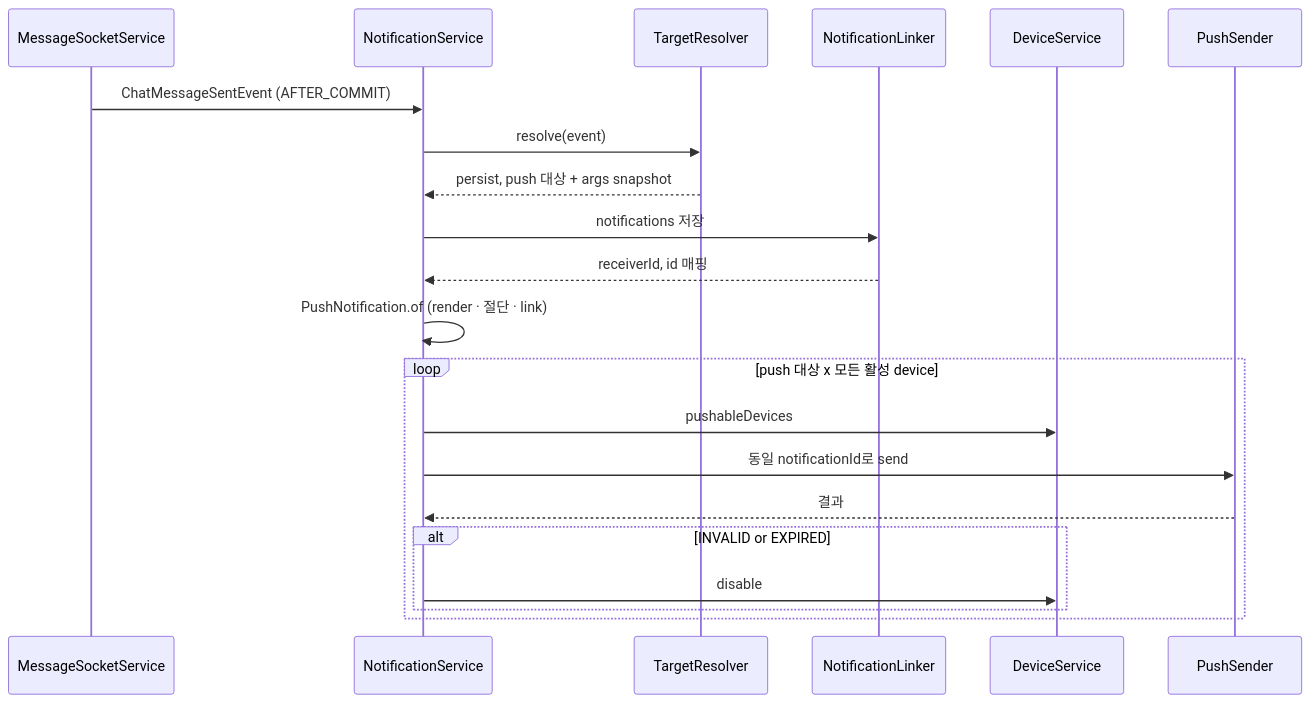
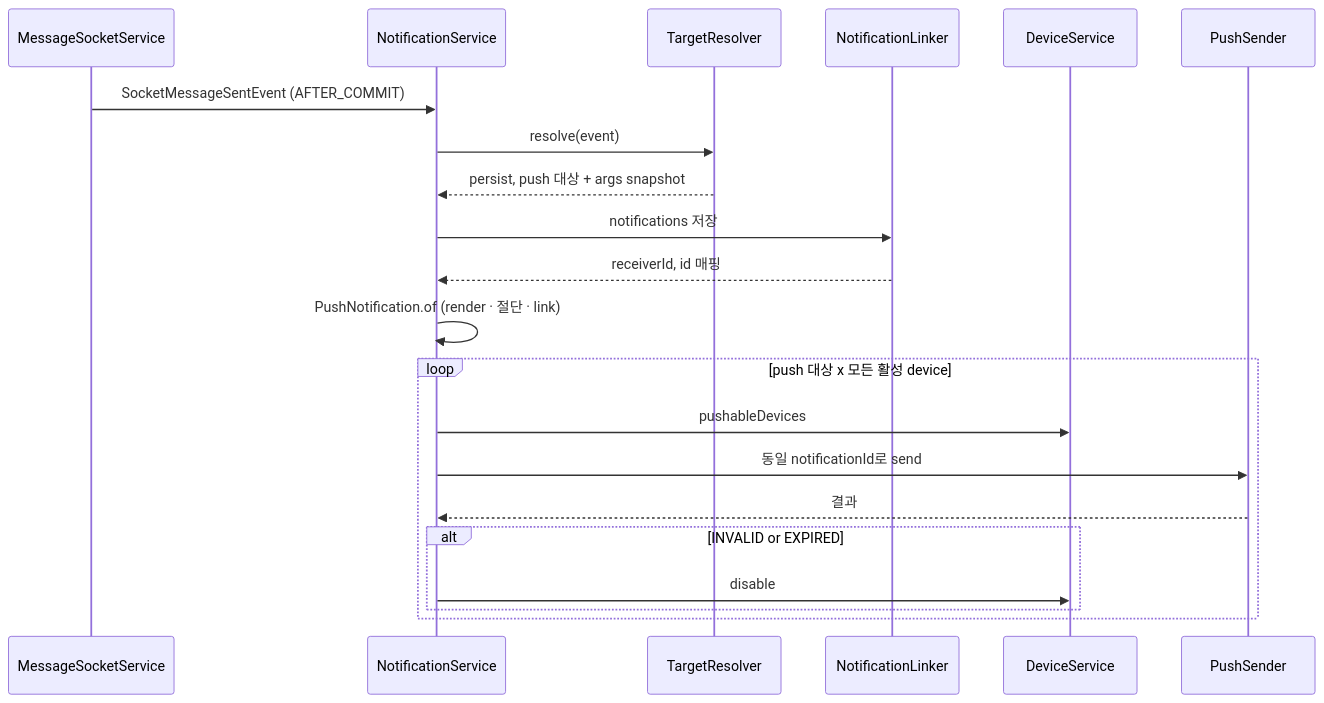
One commit to mortonCareer/bconnect changed the second of 4 diagrams in apps/api/docs/notification-architecture.md. Above: the diagram before and after it, drawn with Mermaid. The commit also changed other lines of this file, not shown here.

````diff
--- a/apps/api/docs/notification-architecture.md
+++ b/apps/api/docs/notification-architecture.md
@@ -38,24 +38,24 @@
 ```mermaid
 sequenceDiagram
     participant Socket as MessageSocketService
     participant Svc as NotificationService
     participant Res as TargetResolver
     participant Lnk as NotificationLinker
     participant Dev as DeviceService
     participant Snd as PushSender
 
-    Socket->>Svc: ChatMessageSentEvent (AFTER_COMMIT)
+    Socket->>Svc: SocketMessageSentEvent (AFTER_COMMIT)
     Svc->>Res: resolve(event)
     Res-->>Svc: persist, push 대상 + args snapshot
     Svc->>Lnk: notifications 저장
     Lnk-->>Svc: receiverId, id 매핑
     Svc->>Svc: PushNotification.of (render · 절단 · link)
     loop push 대상 x 모든 활성 device
         Svc->>Dev: pushableDevices
         Svc->>Snd: 동일 notificationId로 send
         Snd-->>Svc: 결과
         alt INVALID or EXPIRED
             Svc->>Dev: disable
         end
     end
 ```
````
